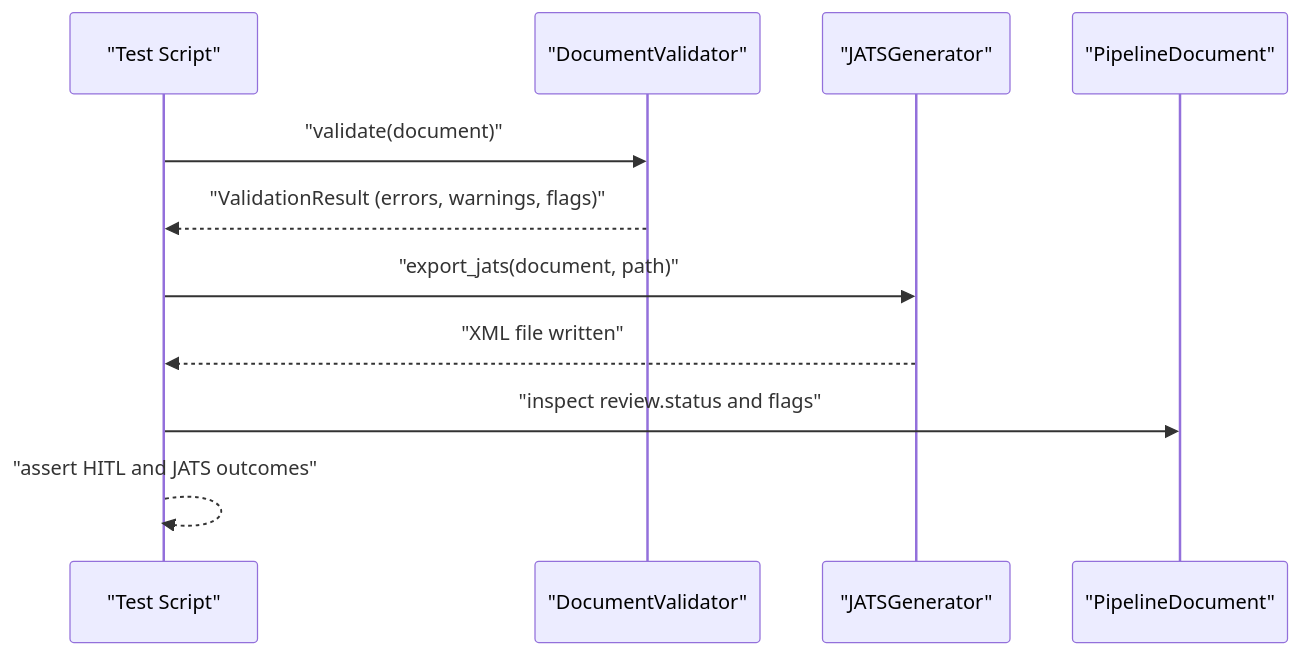
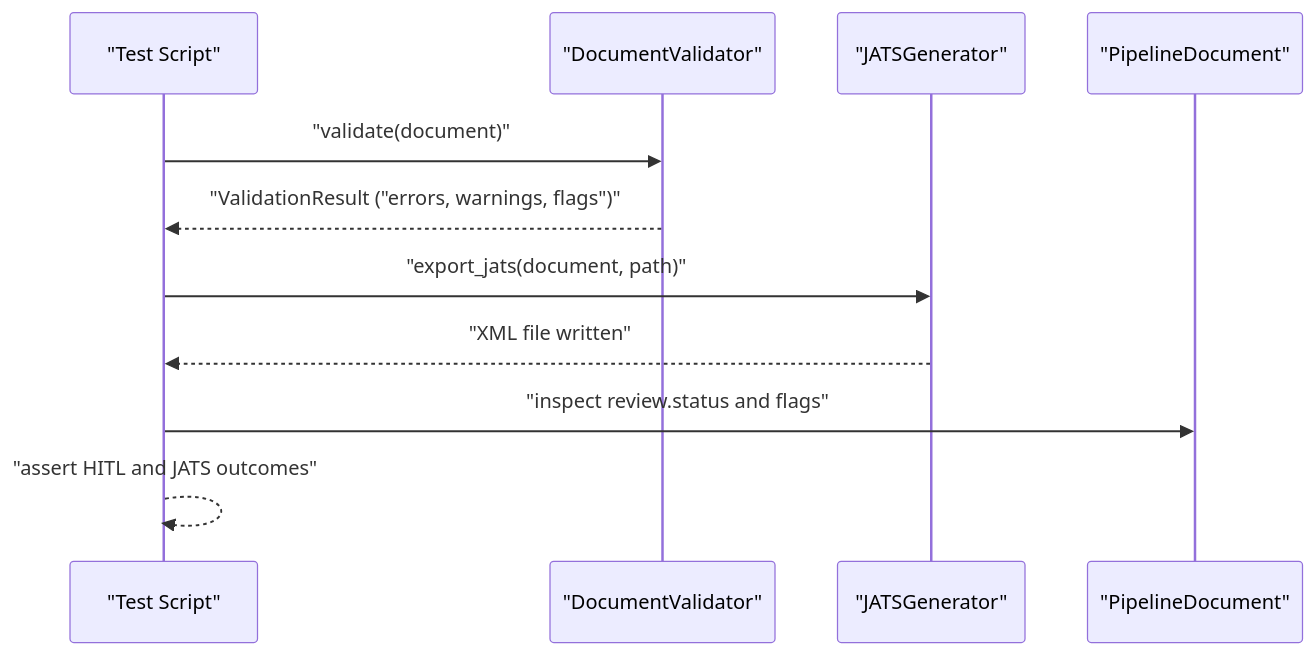
One commit to rohitkumarnaidu/ScholarFormAI changed the second of 3 diagrams in docs/docs/knowledge/Testing Strategy/Manual Testing/Specialized Testing.md. Above: the diagram before and after it, drawn with Mermaid. The commit also changed other lines of this file and 611 other files, not shown here.

Commit message:
Fix final pipeline regression tests and Pydantic validation errors

````diff
--- a/docs/docs/knowledge/Testing Strategy/Manual Testing/Specialized Testing.md
+++ b/docs/docs/knowledge/Testing Strategy/Manual Testing/Specialized Testing.md
@@ -118,13 +118,13 @@
 ```mermaid
 sequenceDiagram
 participant T as "Test Script"
 participant V as "DocumentValidator"
 participant J as "JATSGenerator"
 participant D as "PipelineDocument"
 T->>V : "validate(document)"
-V-->>T : "ValidationResult (errors, warnings, flags)"
+V-->>T : "ValidationResult ("errors, warnings, flags")"
 T->>J : "export_jats(document, path)"
 J-->>T : "XML file written"
 T->>D : "inspect review.status and flags"
 T-->>T : "assert HITL and JATS outcomes"
 ```
````
